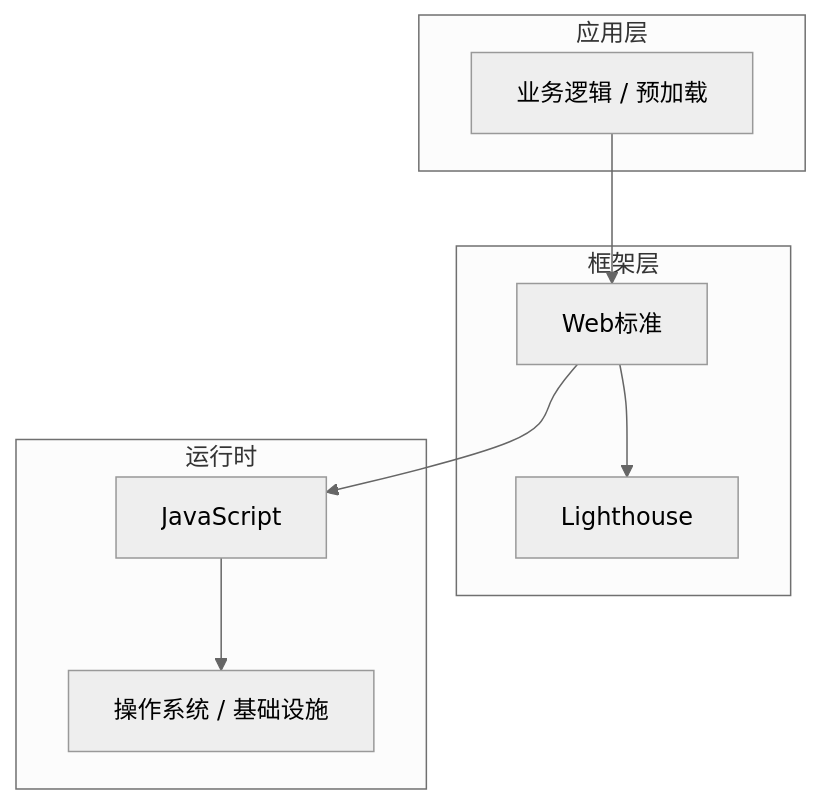
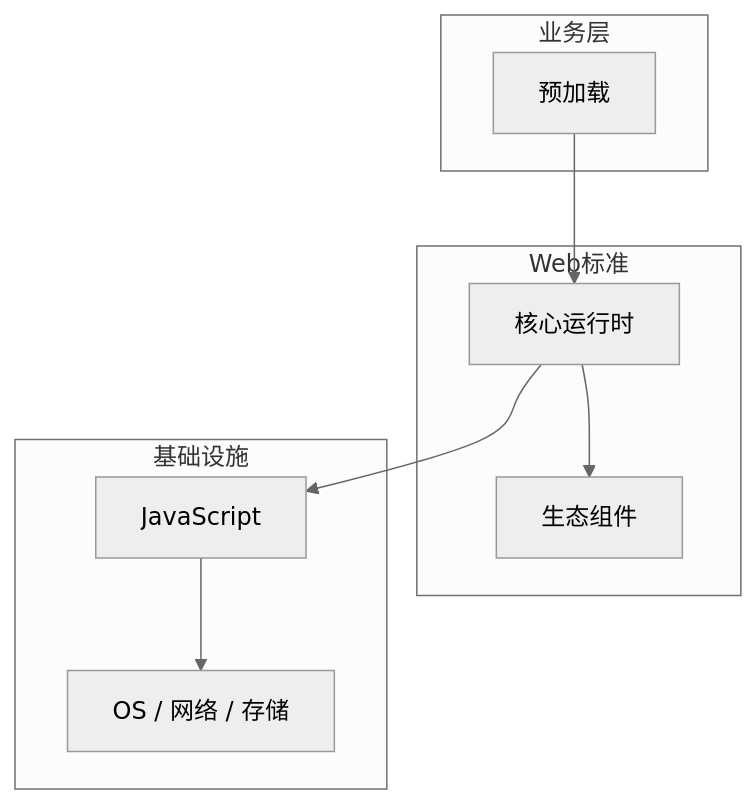
One commit to yanggan2015/knowledge-json-v2 changed the diagram in articles/Web性能优化/chapters/049-预加载核心概念与原理.md. Above: the diagram before and after it, drawn with Mermaid (neutral theme). The commit also changed other lines of this file and 10127 other files, not shown here.

````diff
--- a/articles/Web性能优化/chapters/049-预加载核心概念与原理.md
+++ b/articles/Web性能优化/chapters/049-预加载核心概念与原理.md
@@ -45,18 +34,18 @@
 ```mermaid
 graph TB
-    subgraph 应用层
-        A[业务逻辑 / 预加载]
+    subgraph 业务层
+        A[预加载]
     end
-    subgraph 框架层
-        B[Web标准]
-        C[Lighthouse]
+    subgraph Web标准
+        B[核心运行时]
+        C[生态组件]
     end
-    subgraph 运行时
+    subgraph 基础设施
         D[JavaScript]
-        E[操作系统 / 基础设施]
+        E[OS / 网络 / 存储]
     end
     A --> B
     B --> C
     B --> D
     D --> E
 ```
````
